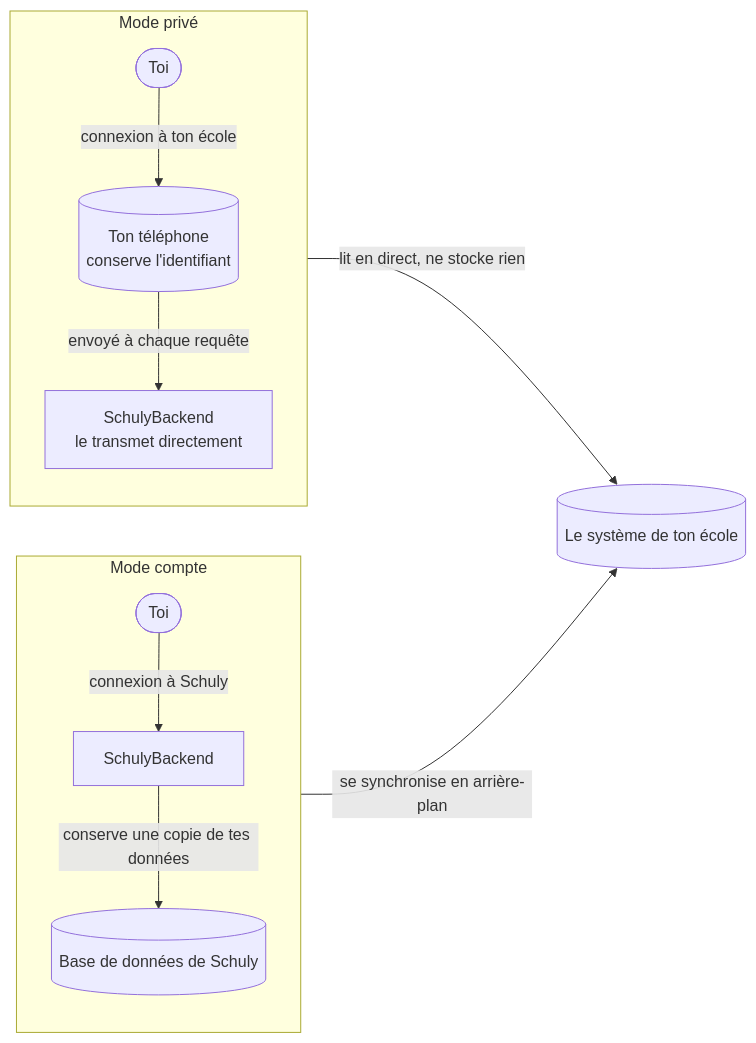
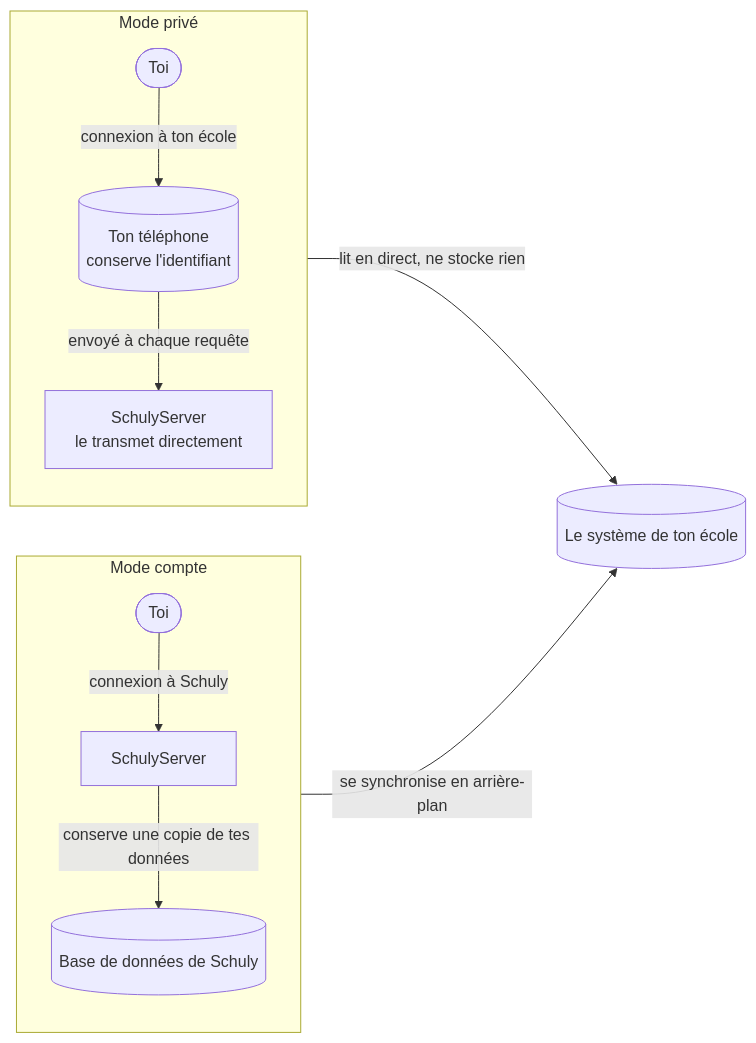
Before and after one commit to schulydev/SchulyDocs: the diagram in docs/fr/Schuly/architecture-modes.md, drawn with Mermaid. The commit also changed 78 other files, not shown here.

Commit message:
Renamed SchulyBackend section to SchulyServer (#76)

````diff
--- a/docs/fr/Schuly/architecture-modes.md
+++ b/docs/fr/Schuly/architecture-modes.md
@@ -12,18 +12,18 @@
 ```mermaid
 flowchart LR
   subgraph account["Mode compte"]
     direction TB
-    AU(["Toi"]) -->|"connexion à Schuly"| AB["SchulyBackend"]
+    AU(["Toi"]) -->|"connexion à Schuly"| AB["SchulyServer"]
     AB -->|"conserve une copie de tes données"| ADB[("Base de données de Schuly")]
   end
 
   subgraph private["Mode privé"]
     direction TB
     PU(["Toi"]) -->|"connexion à ton école"| PP[("Ton téléphone<br/>conserve l'identifiant")]
-    PP -->|"envoyé à chaque requête"| PB["SchulyBackend<br/>le transmet directement"]
+    PP -->|"envoyé à chaque requête"| PB["SchulyServer<br/>le transmet directement"]
   end
 
   School[("Le système de ton école")]
   AB -->|"se synchronise en arrière-plan"| School
   PB -->|"lit en direct, ne stocke rien"| School
 ```
````
